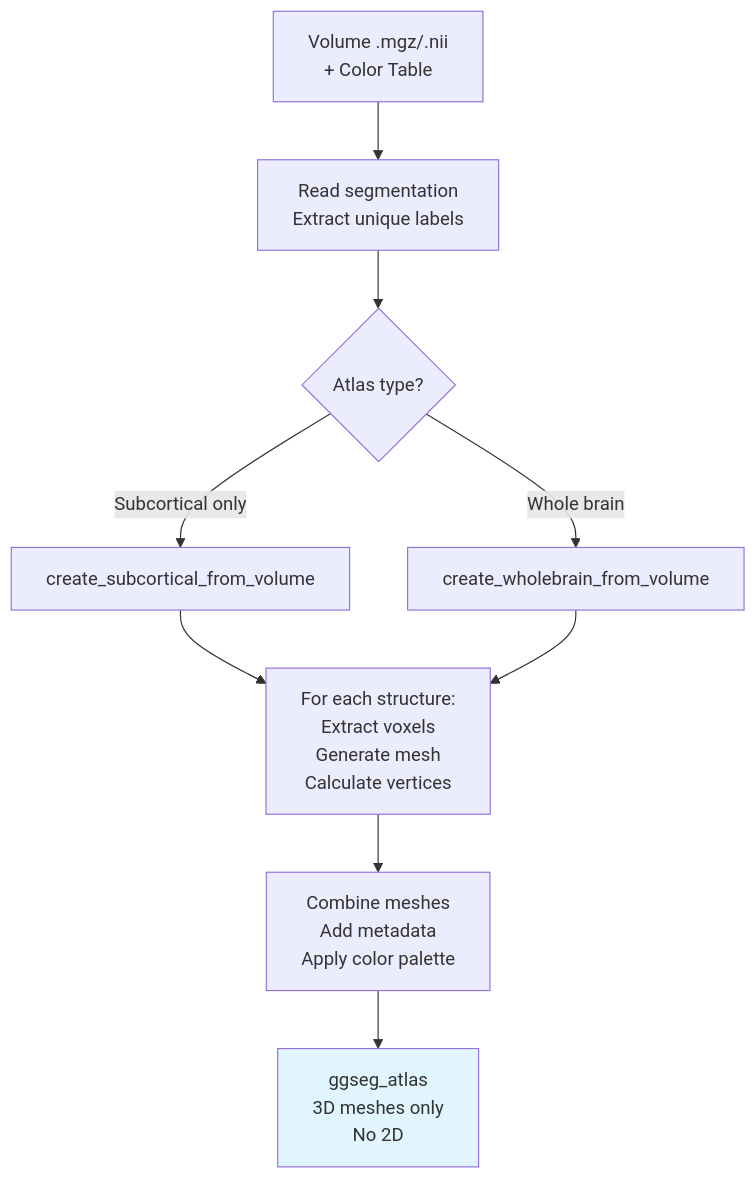
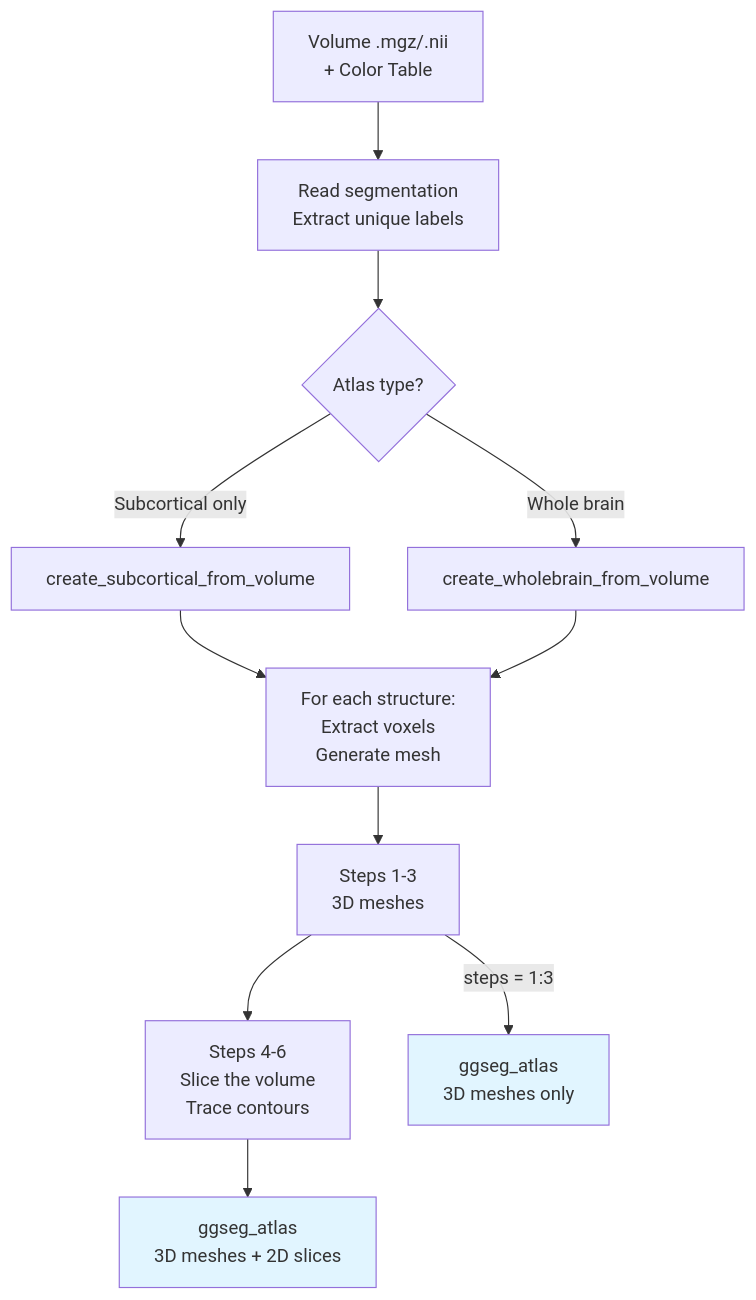
Before and after one commit to ggsegverse/ggseg.extra: the third of 6 diagrams in vignettes/atlas-workflows.qmd, drawn with Mermaid. The commit also changed other lines of this file and 27 other files, not shown here.

````diff
--- a/vignettes/atlas-workflows.qmd
+++ b/vignettes/atlas-workflows.qmd
@@ -99,19 +105,22 @@
 ```{mermaid}
 %%| label: fig-subcortical
 %%| fig-width: 10
 %%| fig-cap: "Subcortical and whole-brain volumetric atlas pipeline"
-%%| fig-alt: "Flowchart showing volumetric atlas creation from volume files with color tables, branching between subcortical-only and whole-brain options, extracting voxels and generating meshes for each structure to produce 3D-only ggseg_atlas output"
+%%| fig-alt: "Flowchart showing volumetric atlas creation from volume files with colour tables, branching between subcortical-only and whole-brain options, extracting voxels and generating a mesh per structure, then either stopping at steps 1 to 3 for a 3D-only atlas or continuing through steps 4 to 6 to slice the volume and trace contours for an atlas with both 3D meshes and 2D slices"
 flowchart TB
     A[Volume .mgz/.nii<br/>+ Color Table] --> B[Read segmentation<br/>Extract unique labels]
     B --> C{Atlas type?}
     C -->|Subcortical only| D[create_subcortical_from_volume]
     C -->|Whole brain| E[create_wholebrain_from_volume]
 
-    D --> F[For each structure:<br/>Extract voxels<br/>Generate mesh<br/>Calculate vertices]
+    D --> F[For each structure:<br/>Extract voxels<br/>Generate mesh]
     E --> F
 
-    F --> G[Combine meshes<br/>Add metadata<br/>Apply color palette]
-    G --> H[ggseg_atlas<br/>3D meshes only<br/>No 2D]
+    F --> G["Steps 1-3<br/>3D meshes"]
+    G --> S["Steps 4-6<br/>Slice the volume<br/>Trace contours"]
+    S --> H[ggseg_atlas<br/>3D meshes + 2D slices]
+    G -->|steps = 1:3| H2[ggseg_atlas<br/>3D meshes only]
 
     style H fill:#e1f5ff
+    style H2 fill:#e1f5ff
 ```
````
